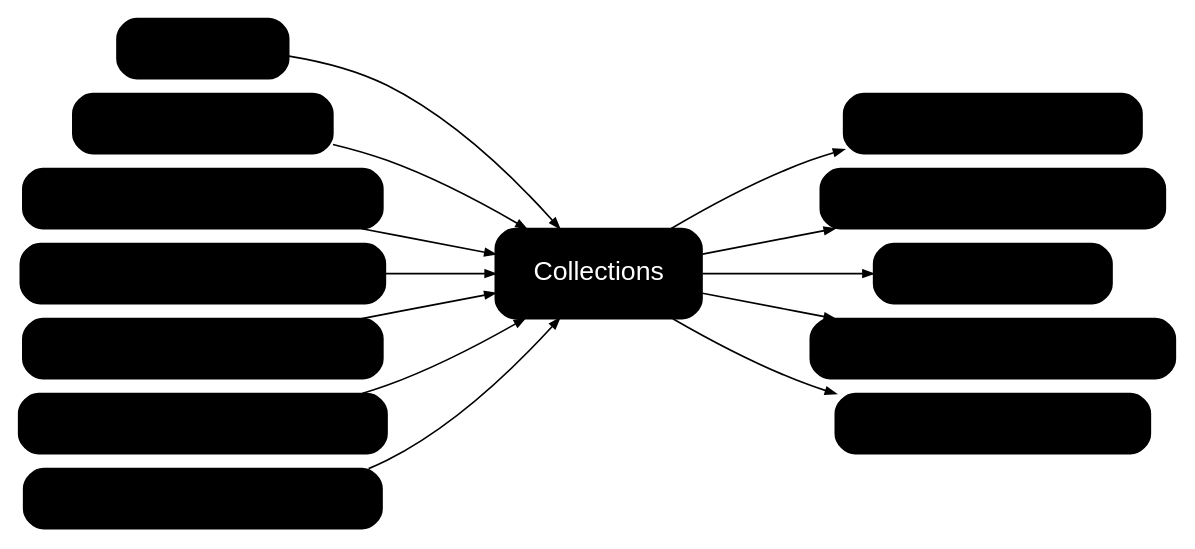
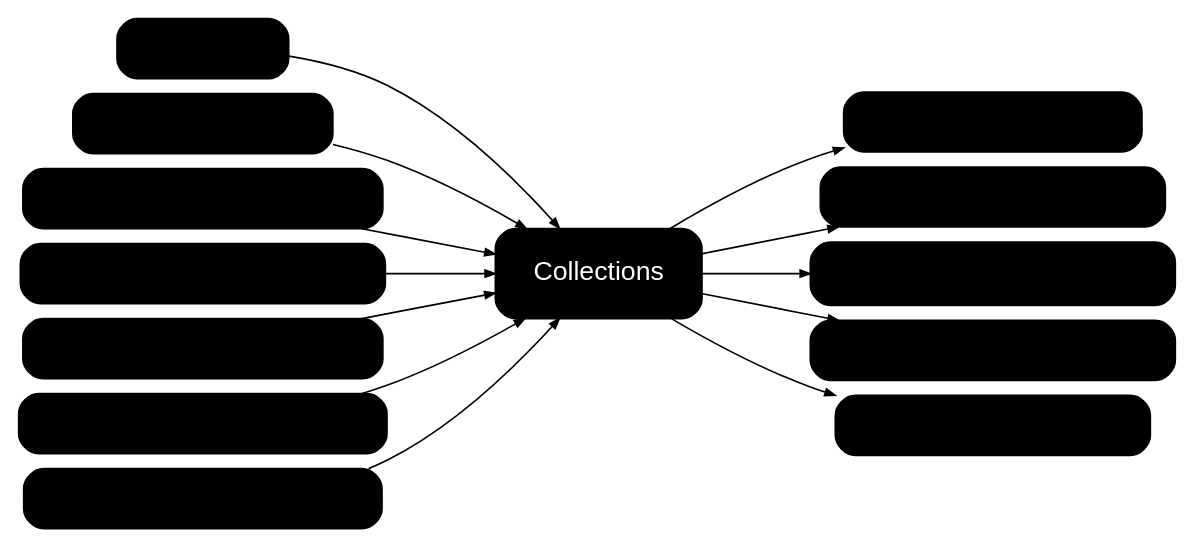
Before and after one commit to IortaTexhNXT-DEV/FinVerse: the diagram in docs/deliverables/src/BRD-04_Collections/figures/brd04_contract_map.dot, drawn with Graphviz. The commit also changed 22 other files, not shown here.

```diff
--- a/docs/deliverables/src/BRD-04_Collections/figures/brd04_contract_map.dot
+++ b/docs/deliverables/src/BRD-04_Collections/figures/brd04_contract_map.dot
@@ -1,30 +1,30 @@
 digraph contract {
   graph [rankdir=LR, fontname="Arial", nodesep=0.12, ranksep=0.9, bgcolor="white"];
   node [shape=box, style="rounded,filled", fillcolor="@BG_BLUE", color="@FIELD_BLUE", fontname="Arial", fontsize=9, fontcolor="@NEAR_BLACK", margin="0.1,0.05"];
   edge [color="@CTA_BLUE", arrowsize=0.6];
   core [label="Collections", fillcolor="@HEADER_BLUE", fontcolor="white", fontsize=16, color="@HEADER_BLUE", margin="0.3,0.25"];
   in0 [label="BRD-1 New Business\n- The account"];
   in0 -> core;
   in1 [label="BRD-11 User Access Maintenance\n- Users"];
   in1 -> core;
   in2 [label="BRD-13 Data Migration\n- Legacy invoices open at cut-over and the collect"];
   in2 -> core;
   in3 [label="BRD-2 Operations (Cashiering)\n- The unapplied payments of Cashiering with their "];
   in3 -> core;
   in4 [label="BRD-2 Operations (Commission Receivables)\n- A direct payment account returned by the insurer"];
   in4 -> core;
   in5 [label="BRD-2 Operations (invoice ledger)\n- Every booked invoice with its premium receivable"];
   in5 -> core;
   in6 [label="BRD-3 Product Maintenance (sales organisation)\n- Market segments"];
   in6 -> core;
   out0 [label="BDOI file server (FS04)\n- The daily For Application To Invoice file"];
   core -> out0;
   out1 [label="BRD-2 Operations (Adjustment)\n- The cancellation of an account the client will n"];
   core -> out1;
-  out2 [label="BRD-2 Operations (Cashiering)\n- A BIR 2307 tag (path"];
+  out2 [label="BRD-2 Operations (Cashiering)\n- A BIR 2307 tag (path\n- A request on an unapplied payment (apply to an i"];
   core -> out2;
   out3 [label="BRD-2 Operations (Commission Receivables)\n- A direct payment account from the disposition DP"];
   core -> out3;
   out4 [label="Client (e-mail)\n- The statement of account of a billing cycle"];
   core -> out4;
 }
```
